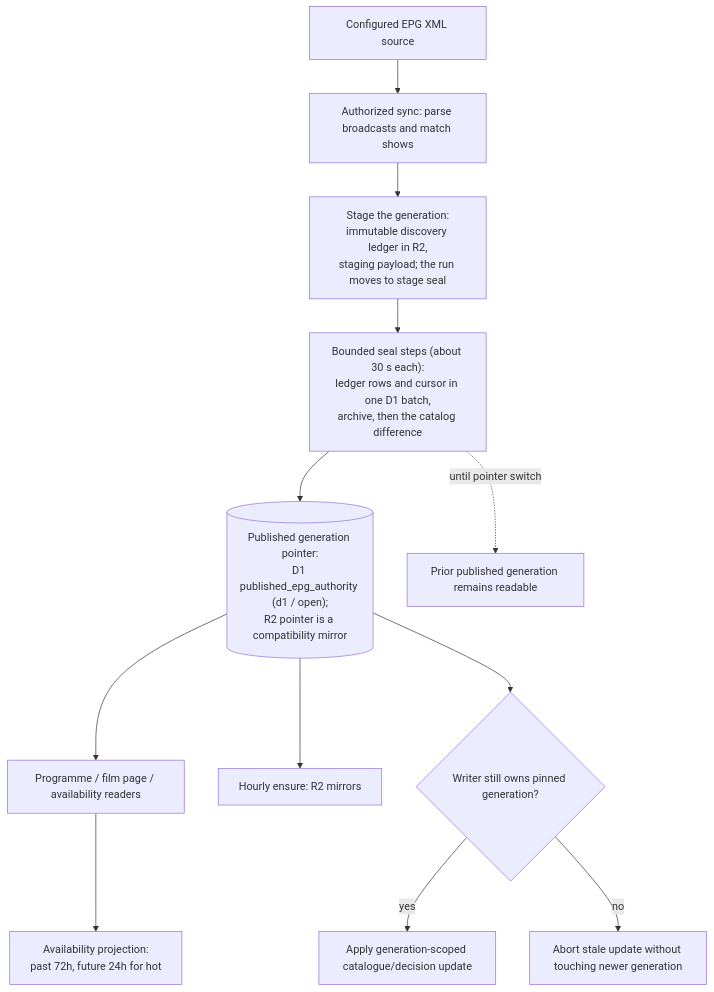
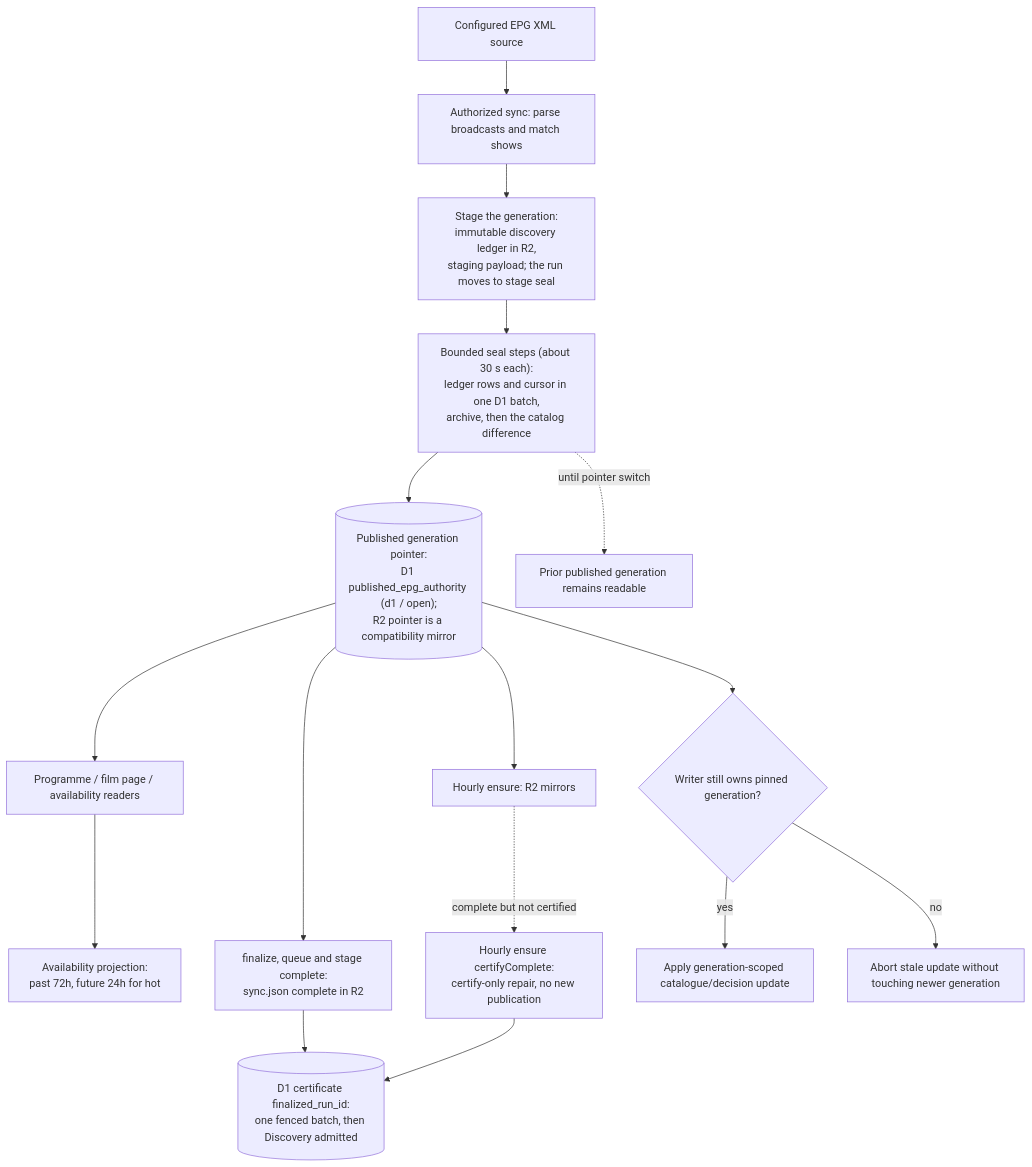
One commit to vladimino/iptv-watchlist changed the first of 2 diagrams in docs/architecture/epg-and-availability.md. Above: the diagram before and after it, drawn with Mermaid. The commit also changed other lines of this file and 26 other files, not shown here.

First line of the commit message:
AIR-539: EPG completion certificate and Discovery priority hold

````diff
--- a/docs/architecture/epg-and-availability.md
+++ b/docs/architecture/epg-and-availability.md
@@ -5,22 +5,27 @@
 ```mermaid
 flowchart TD
     source["Configured EPG XML source"]
     parse["Authorized sync: parse broadcasts and match shows"]
     staging["Stage the generation:<br/>immutable discovery ledger in R2,<br/>staging payload; the run moves to stage seal"]
     seal["Bounded seal steps (about 30 s each):<br/>ledger rows and cursor in one D1 batch,<br/>archive, then the catalog difference"]
     pointer[("Published generation pointer:<br/>D1 published_epg_authority (d1 / open);<br/>R2 pointer is a compatibility mirror")]
     readers["Programme / film page / availability readers"]
     window["Availability projection:<br/>past 72h, future 24h for hot"]
     ensure["Hourly ensure: R2 mirrors"]
+    finish["finalize, queue and stage complete:<br/>sync.json complete in R2"]
+    certificate[("D1 certificate finalized_run_id:<br/>one fenced batch, then Discovery admitted")]
+    repair["Hourly ensure certifyComplete:<br/>certify-only repair, no new publication"]
     previous["Prior published generation remains readable"]
     stale{"Writer still owns pinned generation?"}
     update["Apply generation-scoped catalogue/decision update"]
     reject["Abort stale update without touching newer generation"]
     source --> parse --> staging --> seal --> pointer
     pointer --> readers --> window
     pointer --> ensure
+    pointer --> finish --> certificate
+    ensure -.->|complete but not certified| repair --> certificate
     seal -.->|until pointer switch| previous
     pointer --> stale
     stale -->|yes| update
     stale -->|no| reject
 ```
````
